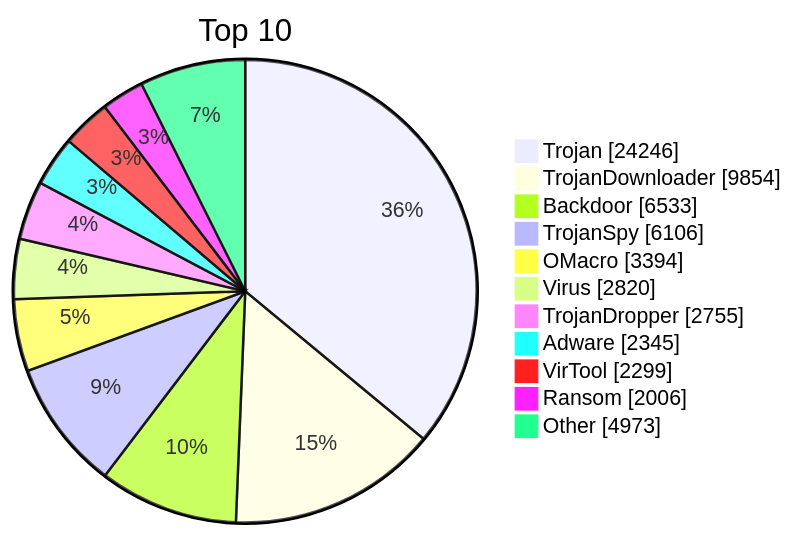
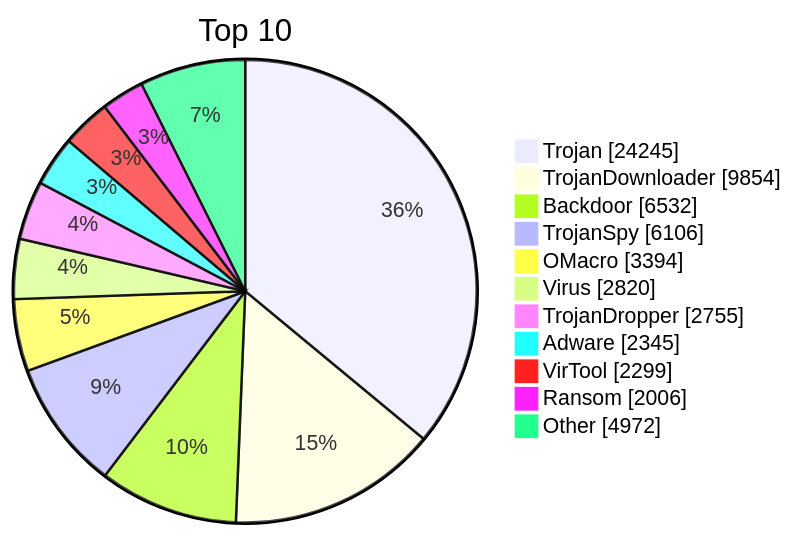
One commit to JerryLinLinLin/huorong-virdb-changelog changed the diagram in README.md. Above: the diagram before and after it, drawn with Mermaid. The commit also changed other lines of this file and 14 other files, not shown here.

````diff
--- a/README.md
+++ b/README.md
@@ -19,15 +19,15 @@
 ```mermaid
 pie showData
     title Top 10
-    "Trojan" : 24246
+    "Trojan" : 24245
     "TrojanDownloader" : 9854
-    "Backdoor" : 6533
+    "Backdoor" : 6532
     "TrojanSpy" : 6106
     "OMacro" : 3394
     "Virus" : 2820
     "TrojanDropper" : 2755
     "Adware" : 2345
     "VirTool" : 2299
     "Ransom" : 2006
-    "Other" : 4973
+    "Other" : 4972
 ```
````
